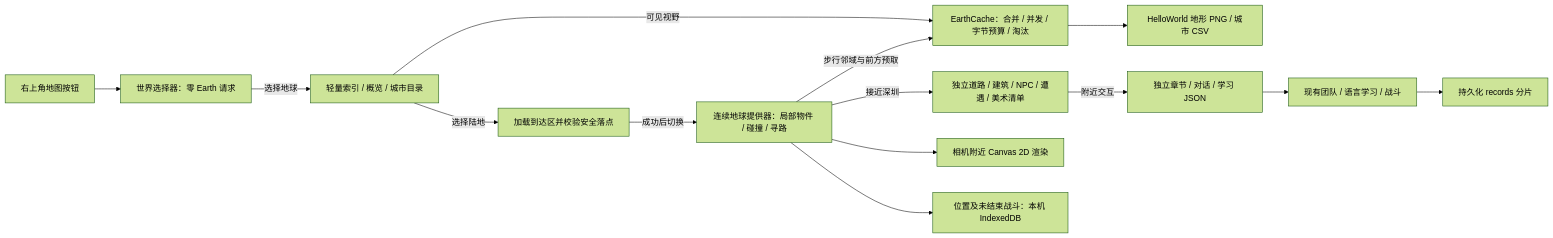
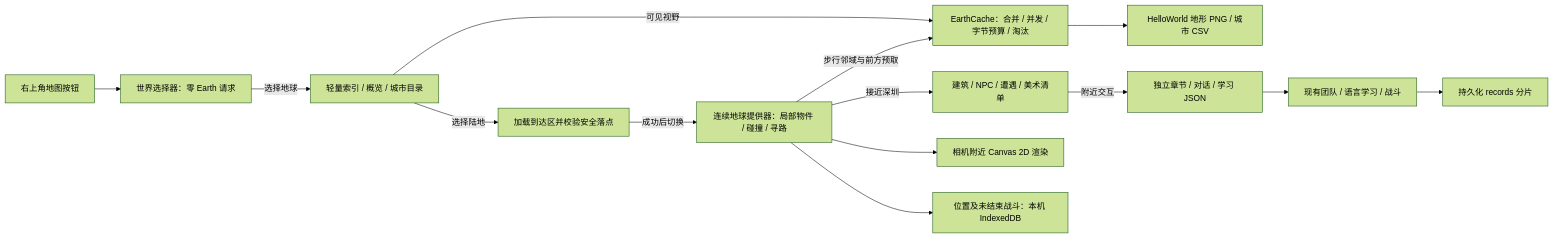
Before and after one commit to LiXizhi/HaqiWebTools: the second of 5 diagrams in HaqiCombatSim/docs/architecture.md, drawn with Mermaid (forest theme). The commit also changed other lines of this file and 44 other files, not shown here.

````diff
--- a/HaqiCombatSim/docs/architecture.md
+++ b/HaqiCombatSim/docs/architecture.md
@@ -64,16 +64,16 @@
 ```mermaid
 flowchart LR
     MapButton[右上角地图按钮] --> Chooser[世界选择器：零 Earth 请求]
     Chooser -->|选择地球| Atlas[轻量索引 / 概览 / 城市目录]
     Atlas -->|可见视野| Cache[EarthCache：合并 / 并发 / 字节预算 / 淘汰]
     Atlas -->|选择陆地| Prepare[加载到达区并校验安全落点]
     Prepare -->|成功后切换| Provider[连续地球提供器：局部物件 / 碰撞 / 寻路]
     Provider -->|步行邻域与前方预取| Cache
     Cache --> CDN[HelloWorld 地形 PNG / 城市 CSV]
-    Provider -->|接近深圳| Region[独立道路 / 建筑 / NPC / 遭遇 / 美术清单]
+    Provider -->|接近深圳| Region[建筑 / NPC / 遭遇 / 美术清单]
     Region -->|附近交互| Story[独立章节 / 对话 / 学习 JSON]
     Provider --> Canvas[相机附近 Canvas 2D 渲染]
     Story --> Existing[现有团队 / 语言学习 / 战斗]
     Existing --> Records[持久化 records 分片]
     Provider --> Local[位置及未结束战斗：本机 IndexedDB]
 ```
````
